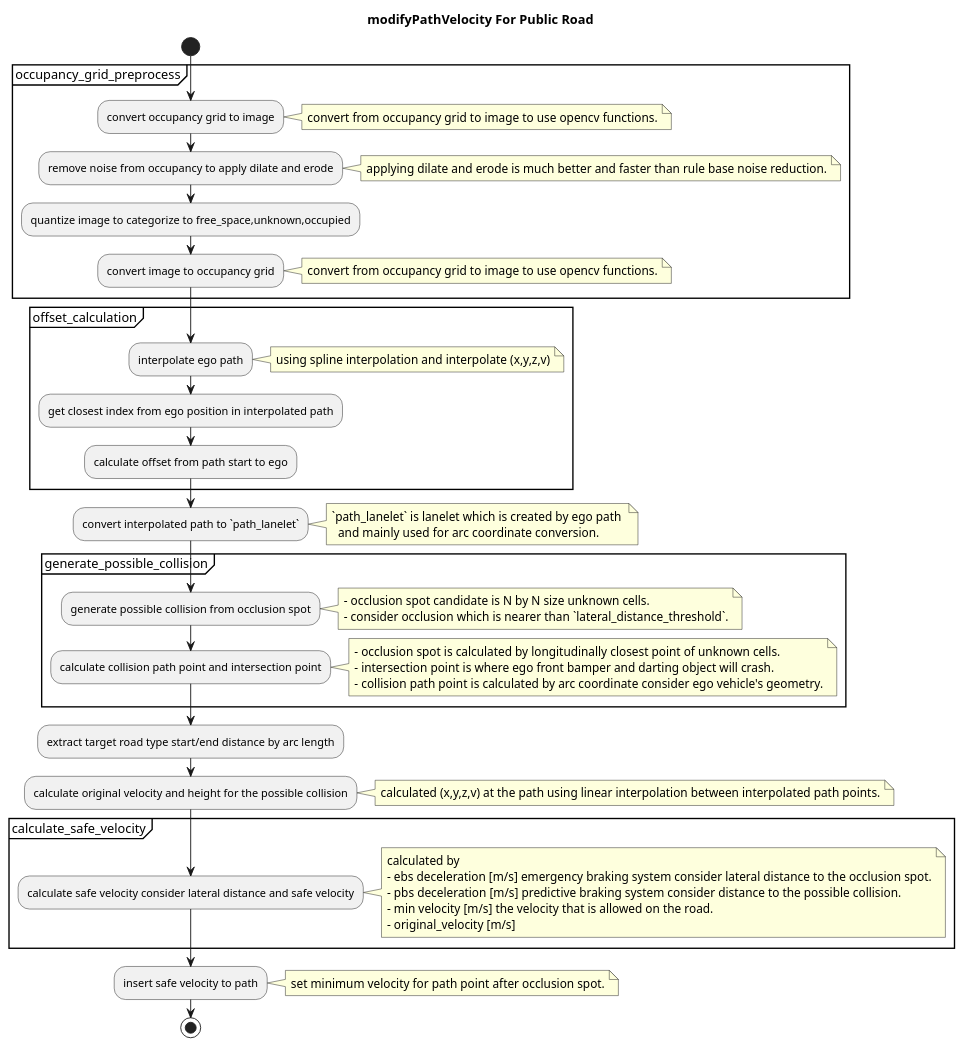
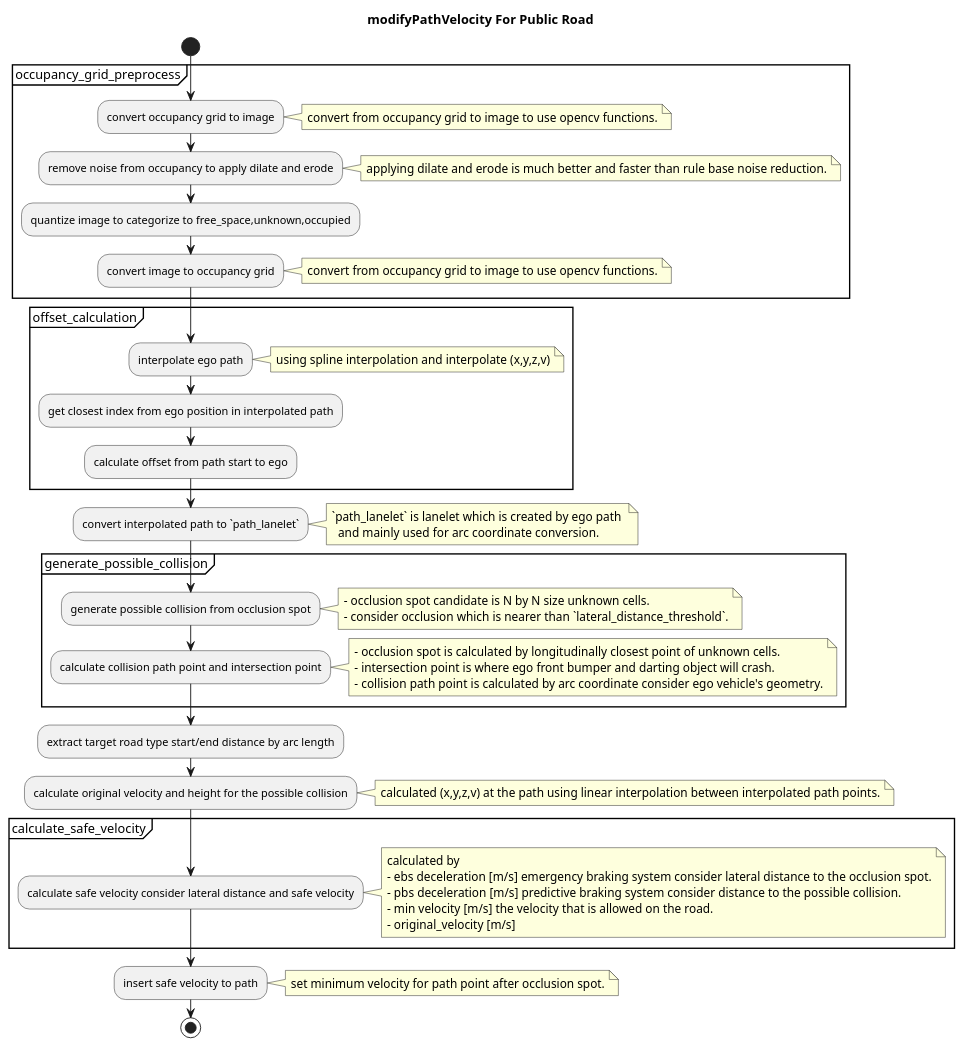
One commit to tier4/AutowareArchitectureProposal.iv changed the third of 3 diagrams in planning/scenario_planning/lane_driving/behavior_planning/behavior_velocity_planner/occlusion-spot-design.md. Above: the diagram before and after it, drawn with PlantUML. The commit also changed other lines of this file and 4 other files, not shown here.

````diff
--- a/planning/scenario_planning/lane_driving/behavior_planning/behavior_velocity_planner/occlusion-spot-design.md
+++ b/planning/scenario_planning/lane_driving/behavior_planning/behavior_velocity_planner/occlusion-spot-design.md
@@ -186,67 +186,67 @@
 ```plantuml
 @startuml
 title modifyPathVelocity For Public Road
 start
 partition occupancy_grid_preprocess {
 :convert occupancy grid to image;
 note right
   convert from occupancy grid to image to use opencv functions.
 end note
 :remove noise from occupancy to apply dilate and erode;
 note right
   applying dilate and erode is much better and faster than rule base noise reduction.
 end note
 :quantize image to categorize to free_space,unknown,occupied;
 :convert image to occupancy grid;
 note right
   convert from occupancy grid to image to use opencv functions.
 end note
 }
 partition offset_calculation {
 :interpolate ego path;
 note right
   using spline interpolation and interpolate (x,y,z,v)
 end note
 :get closest index from ego position in interpolated path;
 :calculate offset from path start to ego;
 }
 :convert interpolated path to `path_lanelet`;
 note right
   `path_lanelet` is lanelet which is created by ego path 
     and mainly used for arc coordinate conversion.
 end note
 partition generate_possible_collision {
 :generate possible collision from occlusion spot;
 note right
   - occlusion spot candidate is N by N size unknown cells. 
   - consider occlusion which is nearer than `lateral_distance_threshold`.
 end note
 :calculate collision path point and intersection point;
 note right
   - occlusion spot is calculated by longitudinally closest point of unknown cells. 
-  - intersection point is where ego front bamper and darting object will crash.
+  - intersection point is where ego front bumper and darting object will crash.
   - collision path point is calculated by arc coordinate consider ego vehicle's geometry.
 end note
 }
 :extract target road type start/end distance by arc length;
 :calculate original velocity and height for the possible collision;
 note right
 calculated (x,y,z,v) at the path using linear interpolation between interpolated path points.
 end note
 partition calculate_safe_velocity {
 :calculate safe velocity consider lateral distance and safe velocity;
 note right
 calculated by 
 - ebs deceleration [m/s] emergency braking system consider lateral distance to the occlusion spot.
 - pbs deceleration [m/s] predictive braking system consider distance to the possible collision.
 - min velocity [m/s] the velocity that is allowed on the road.
 - original_velocity [m/s]
 end note
 }
 :insert safe velocity to path;
 note right
  set minimum velocity for path point after occlusion spot.
 end note
 stop
 @enduml
 ```
````
